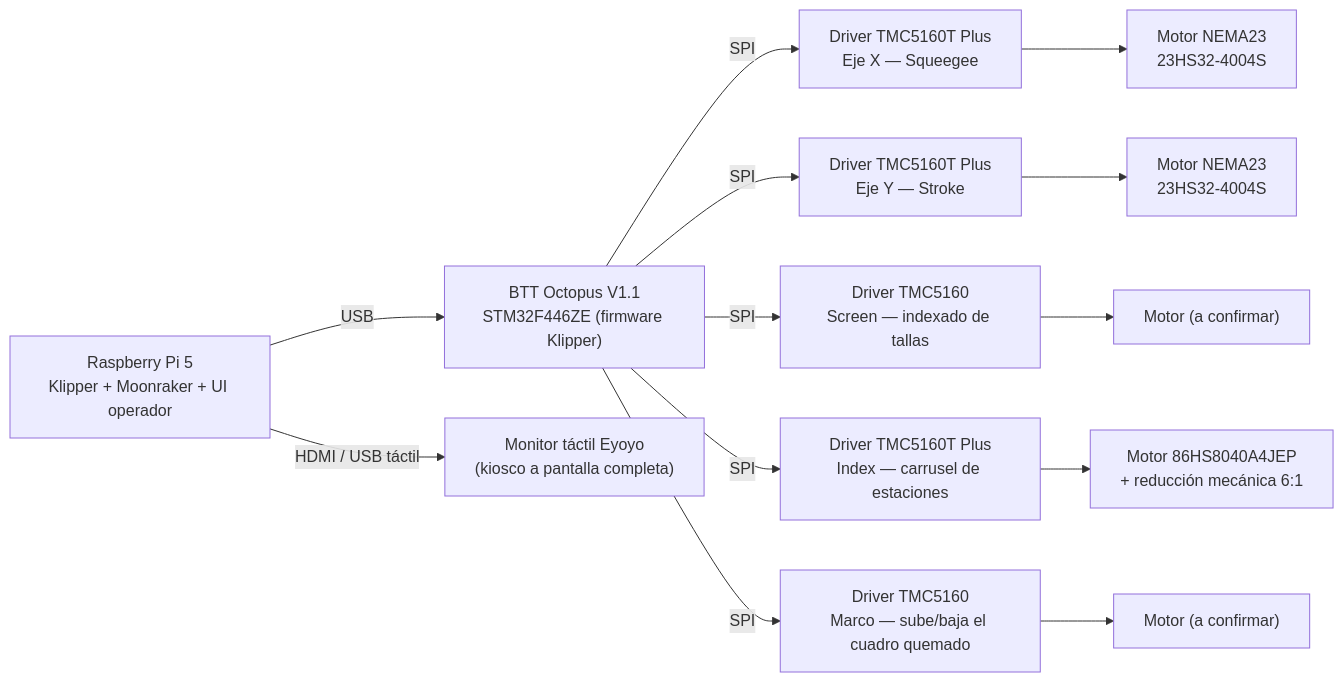
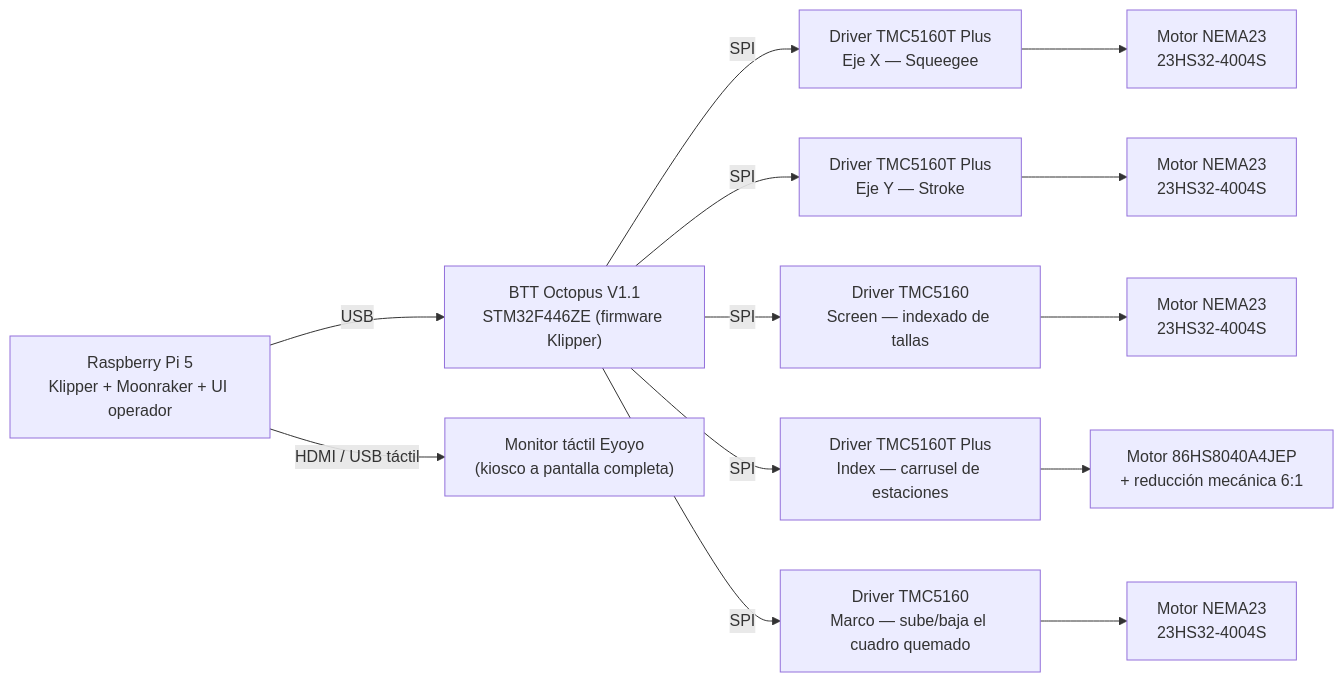
The first of 2 diagrams in README.es.md (erwin620/LP1-corexy-codigo), drawn with Mermaid before and after one commit. The commit also changed other lines of this file and 1 other file, not shown here.

````diff
--- a/README.es.md
+++ b/README.es.md
@@ -9,17 +9,17 @@
 ```mermaid
 flowchart LR
     Pi["Raspberry Pi 5<br/>Klipper + Moonraker + UI operador"] -- USB --> Octopus["BTT Octopus V1.1<br/>STM32F446ZE (firmware Klipper)"]
     Pi -- HDMI / USB táctil --> Monitor["Monitor táctil Eyoyo<br/>(kiosco a pantalla completa)"]
 
     Octopus -- SPI --> DX["Driver TMC5160T Plus<br/>Eje X — Squeegee"]
     Octopus -- SPI --> DY["Driver TMC5160T Plus<br/>Eje Y — Stroke"]
     Octopus -- SPI --> DS["Driver TMC5160<br/>Screen — indexado de tallas"]
     Octopus -- SPI --> DI["Driver TMC5160T Plus<br/>Index — carrusel de estaciones"]
     Octopus -- SPI --> DM["Driver TMC5160<br/>Marco — sube/baja el cuadro quemado"]
 
     DX --> MX["Motor NEMA23<br/>23HS32-4004S"]
     DY --> MY["Motor NEMA23<br/>23HS32-4004S"]
-    DS --> MS["Motor (a confirmar)"]
+    DS --> MS["Motor NEMA23<br/>23HS32-4004S"]
     DI --> MI["Motor 86HS8040A4JEP<br/>+ reducción mecánica 6:1"]
-    DM --> MM["Motor (a confirmar)"]
+    DM --> MM["Motor NEMA23<br/>23HS32-4004S"]
 ```
````
